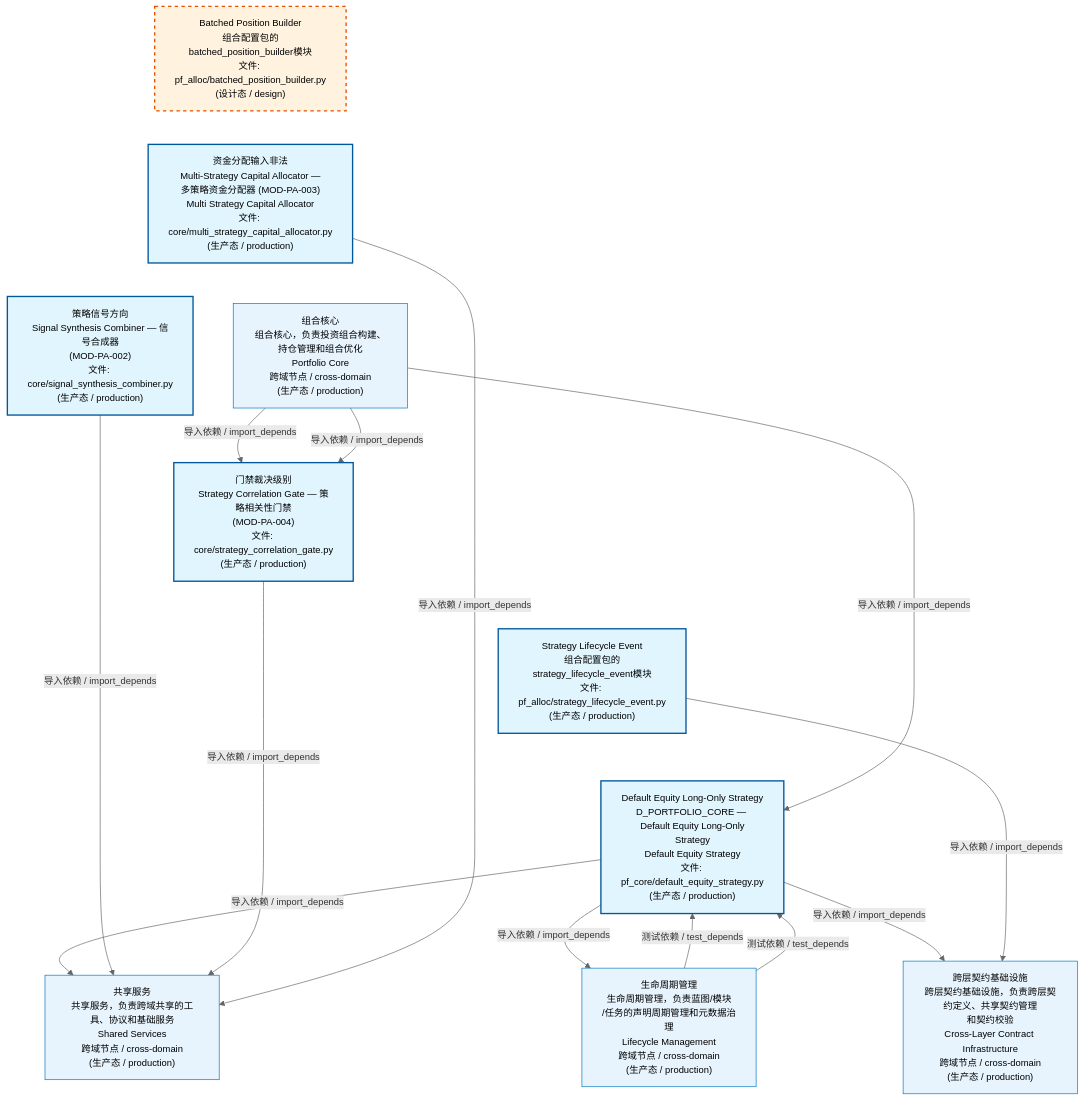
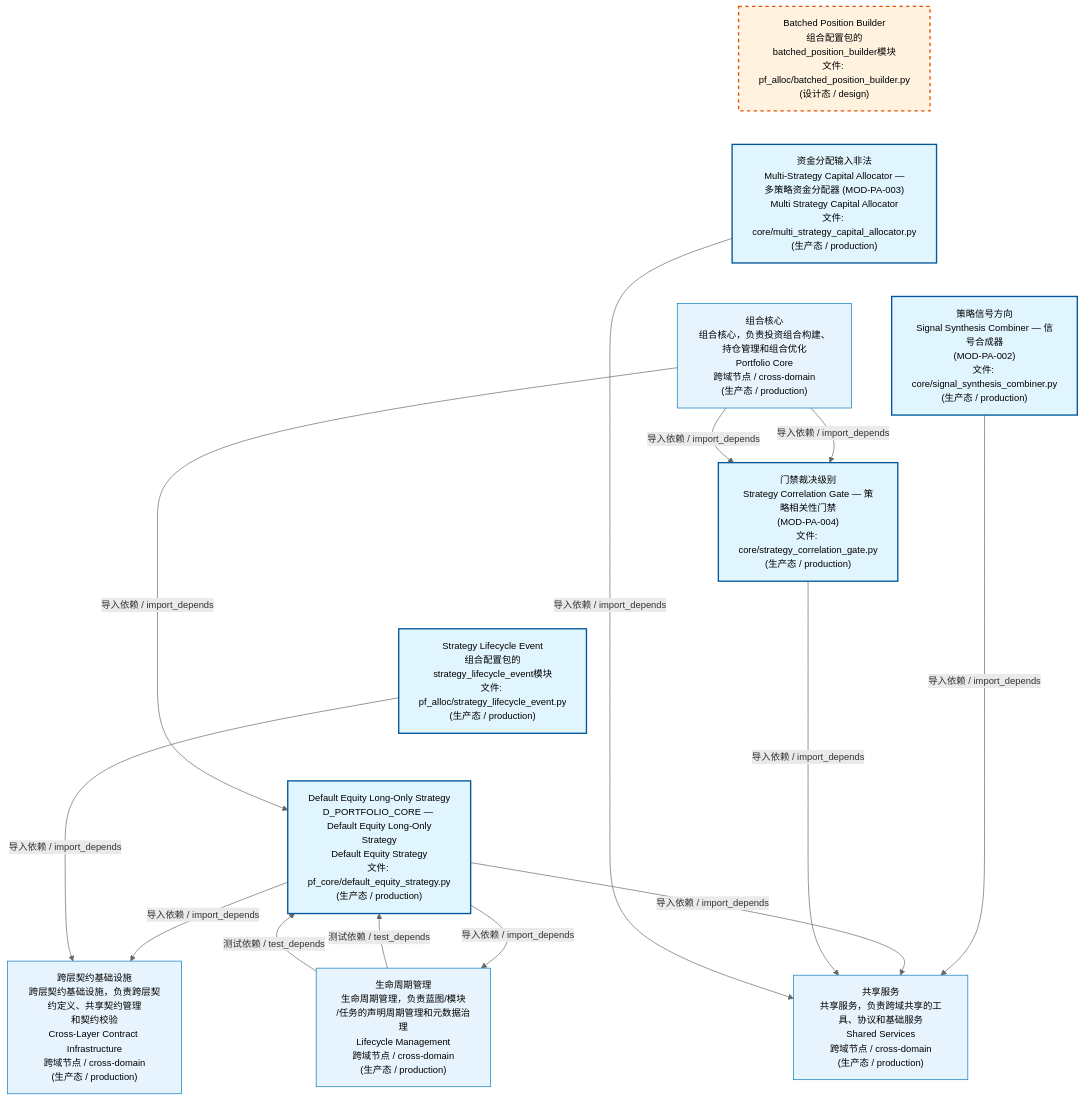
Before and after one commit to xuanFelixVan/ZephyrAlpha: the first of 4 diagrams in docs/02_enterprise_architecture/02_domain_architecture_docs/62_d_pf_alloc.md, drawn with Mermaid. The commit also changed other lines of this file and 66 other files, not shown here.

````diff
--- a/docs/02_enterprise_architecture/02_domain_architecture_docs/62_d_pf_alloc.md
+++ b/docs/02_enterprise_architecture/02_domain_architecture_docs/62_d_pf_alloc.md
@@ -53,38 +53,38 @@
 ```mermaid
 %%{init: {'theme': 'base', 'themeVariables': {'primaryColor': '#eaeaea', 'primaryTextColor': '#333333', 'primaryBorderColor': '#666666', 'lineColor': '#666666', 'secondaryColor': '#eaeaea', 'tertiaryColor': '#eaeaea', 'fontSize': '14px'}}}%%
 flowchart TD
     src_zephyr_pf_alloc_batched_position_builder_py["Batched Position Builder<br/>组合配置包的batched_position_builder模块<br/>文件: pf_alloc/batched_position_builder.py<br/>(设计态 / design)"]
     src_zephyr_pf_alloc_core_multi_strategy_capital_allocator_py["资金分配输入非法<br/>Multi-Strategy Capital Allocator —<br/>多策略资金分配器 (MOD-PA-003)<br/>Multi Strategy Capital Allocator<br/>文件: core/multi_strategy_capital_allocator.py<br/>(生产态 / production)"]
     src_zephyr_pf_alloc_core_signal_synthesis_combiner_py["策略信号方向<br/>Signal Synthesis Combiner — 信号合成器<br/>(MOD-PA-002)<br/>文件: core/signal_synthesis_combiner.py<br/>(生产态 / production)"]
     src_zephyr_pf_alloc_core_strategy_correlation_gate_py["门禁裁决级别<br/>Strategy Correlation Gate — 策略相关性门禁<br/>(MOD-PA-004)<br/>文件: core/strategy_correlation_gate.py<br/>(生产态 / production)"]
     src_zephyr_pf_alloc_strategy_lifecycle_event_py["Strategy Lifecycle Event<br/>组合配置包的strategy_lifecycle_event模块<br/>文件: pf_alloc/strategy_lifecycle_event.py<br/>(生产态 / production)"]
     src_zephyr_pf_core_default_equity_strategy_py["Default Equity Long-Only Strategy<br/>D_PORTFOLIO_CORE — Default Equity Long-Only<br/>Strategy<br/>Default Equity Strategy<br/>文件: pf_core/default_equity_strategy.py<br/>(生产态 / production)"]
     src_zephyr_pf_alloc_batched_position_builder_py ~~~ src_zephyr_pf_alloc_core_multi_strategy_capital_allocator_py
     src_zephyr_pf_alloc_core_multi_strategy_capital_allocator_py ~~~ src_zephyr_pf_alloc_core_signal_synthesis_combiner_py
     src_zephyr_pf_alloc_core_signal_synthesis_combiner_py ~~~ src_zephyr_pf_alloc_core_strategy_correlation_gate_py
     src_zephyr_pf_alloc_core_strategy_correlation_gate_py ~~~ src_zephyr_pf_alloc_strategy_lifecycle_event_py
     src_zephyr_pf_alloc_strategy_lifecycle_event_py ~~~ src_zephyr_pf_core_default_equity_strategy_py
     D_SHARED["共享服务<br/>共享服务，负责跨域共享的工具、协议和基础服务<br/>Shared Services<br/>跨域节点 / cross-domain<br/>(生产态 / production)"]
-    src_zephyr_pf_core_default_equity_strategy_py -->|导入依赖 / import_depends| D_SHARED
     src_zephyr_pf_alloc_core_signal_synthesis_combiner_py -->|导入依赖 / import_depends| D_SHARED
     D_GOVERNANCE["生命周期管理<br/>生命周期管理，负责蓝图/模块<br/>/任务的声明周期管理和元数据治理<br/>Lifecycle Management<br/>跨域节点 / cross-domain<br/>(生产态 / production)"]
     src_zephyr_pf_core_default_equity_strategy_py -->|导入依赖 / import_depends| D_GOVERNANCE
+    src_zephyr_pf_core_default_equity_strategy_py -->|导入依赖 / import_depends| D_SHARED
     src_zephyr_pf_alloc_core_strategy_correlation_gate_py -->|导入依赖 / import_depends| D_SHARED
     src_zephyr_pf_alloc_core_multi_strategy_capital_allocator_py -->|导入依赖 / import_depends| D_SHARED
     D_INFRASTRUCTURE["跨层契约基础设施<br/>跨层契约基础设施，负责跨层契约定义、共享契约管理<br/>和契约校验<br/>Cross-Layer Contract Infrastructure<br/>跨域节点 / cross-domain<br/>(生产态 / production)"]
     src_zephyr_pf_core_default_equity_strategy_py -->|导入依赖 / import_depends| D_INFRASTRUCTURE
     src_zephyr_pf_alloc_strategy_lifecycle_event_py -->|导入依赖 / import_depends| D_INFRASTRUCTURE
     D_PF_CORE["组合核心<br/>组合核心，负责投资组合构建、持仓管理和组合优化<br/>Portfolio Core<br/>跨域节点 / cross-domain<br/>(生产态 / production)"]
     D_PF_CORE -->|导入依赖 / import_depends| src_zephyr_pf_alloc_core_strategy_correlation_gate_py
     D_GOVERNANCE -->|测试依赖 / test_depends| src_zephyr_pf_core_default_equity_strategy_py
     D_GOVERNANCE -->|测试依赖 / test_depends| src_zephyr_pf_core_default_equity_strategy_py
     D_PF_CORE -->|导入依赖 / import_depends| src_zephyr_pf_alloc_core_strategy_correlation_gate_py
     D_PF_CORE -->|导入依赖 / import_depends| src_zephyr_pf_core_default_equity_strategy_py
     classDef production fill:#e1f5fe,stroke:#01579b,stroke-width:2px,color:#000
     classDef design fill:#fff3e0,stroke:#e65100,stroke-width:2px,color:#000,stroke-dasharray: 5 5
     classDef external_prod fill:#e8f4fd,stroke:#0277bd,stroke-width:1px,color:#000
     classDef external_design fill:#fff8e7,stroke:#ef6c00,stroke-width:1px,color:#000,stroke-dasharray: 5 5
     class src_zephyr_pf_alloc_core_multi_strategy_capital_allocator_py,src_zephyr_pf_alloc_core_signal_synthesis_combiner_py,src_zephyr_pf_alloc_core_strategy_correlation_gate_py,src_zephyr_pf_alloc_strategy_lifecycle_event_py,src_zephyr_pf_core_default_equity_strategy_py production
     class src_zephyr_pf_alloc_batched_position_builder_py design
     class D_SHARED,D_GOVERNANCE,D_INFRASTRUCTURE,D_PF_CORE external_prod
 ```
````
